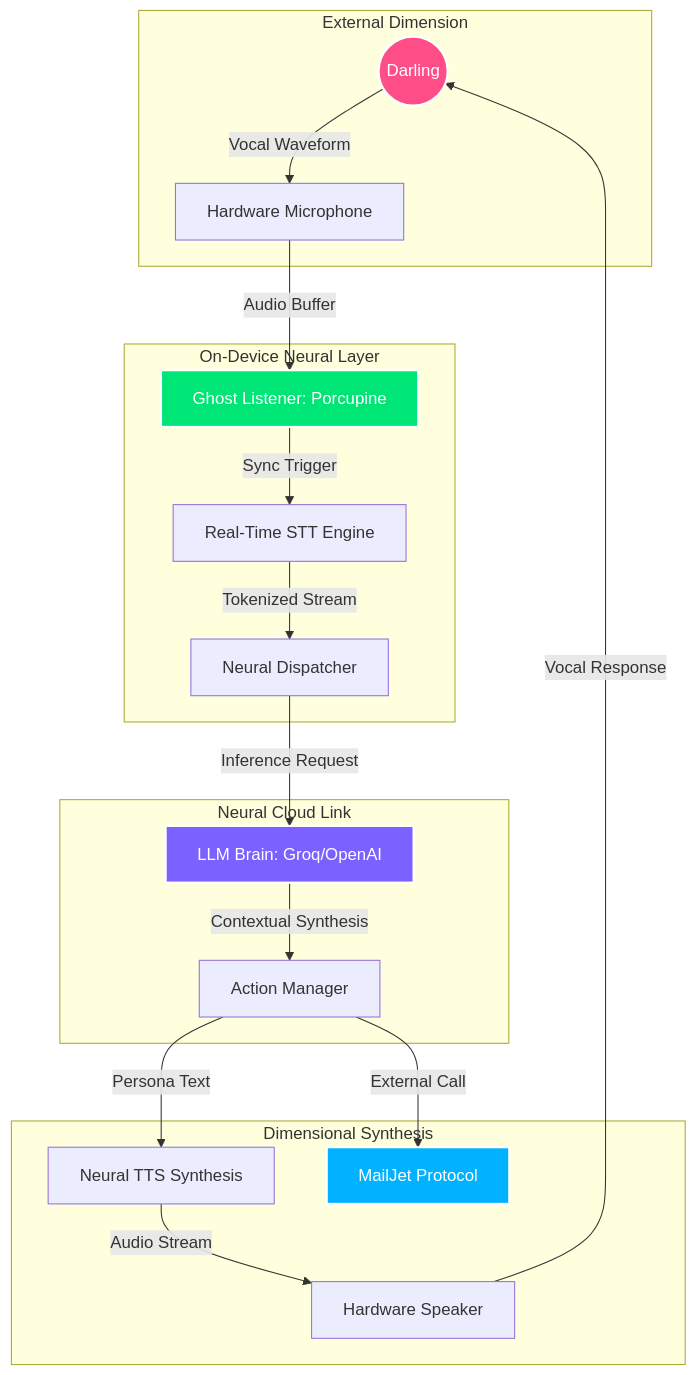
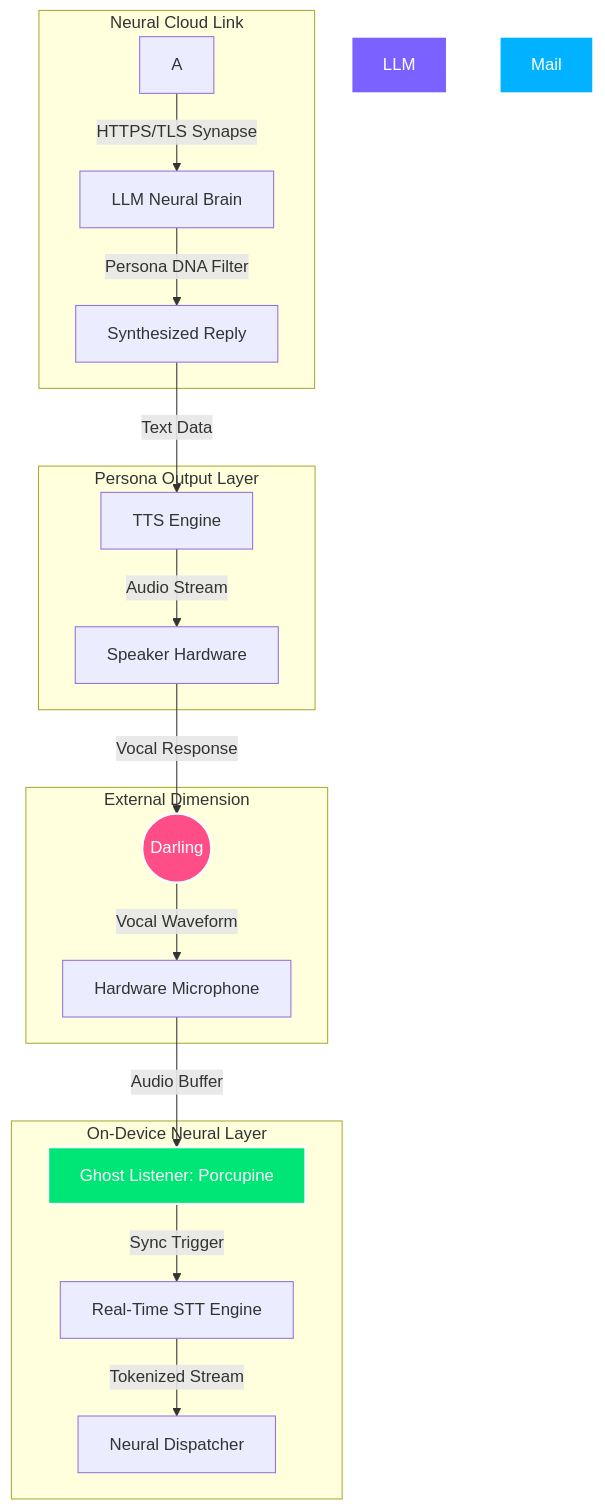
One commit to Sujit-O2/O2_Anime_Waifu-Mobile-App changed the diagram in README.md. Above: the diagram before and after it, drawn with Mermaid. The commit also changed other lines of this file, not shown here.

Commit message:
docs: update README with expanded descriptions, new sections, and refined mermaid diagram

````diff
--- a/README.md
+++ b/README.md
@@ -46,29 +49,28 @@
 ```mermaid
 graph TD
     subgraph "External Dimension"
         User((Darling)) -- "Vocal Waveform" --> Mic[Hardware Microphone]
     end
     
     subgraph "On-Device Neural Layer"
         Mic -- "Audio Buffer" --> Porcupine[Ghost Listener: Porcupine]
         Porcupine -- "Sync Trigger" --> STT[Real-Time STT Engine]
         STT -- "Tokenized Stream" --> Dispatch[Neural Dispatcher]
     end
 
     subgraph "Neural Cloud Link"
-        Dispatch -- "Inference Request" --> LLM[LLM Brain: Groq/OpenAI]
-        LLM -- "Contextual Synthesis" --> Logic[Action Manager]
+        A -- "HTTPS/TLS Synapse" --> B[LLM Neural Brain]
+        B -- "Persona DNA Filter" --> C[Synthesized Reply]
     end
 
-    subgraph "Dimensional Synthesis"
-        Logic -- "Persona Text" --> TTS[Neural TTS Synthesis]
-        Logic -- "External Call" --> Mail[MailJet Protocol]
-        TTS -- "Audio Stream" --> Output[Hardware Speaker]
-        Output -- "Vocal Response" --> User
+    subgraph "Persona Output Layer"
+        C -- "Text Data" --> T[TTS Engine]
+        T -- "Audio Stream" --> Spk[Speaker Hardware]
+        Spk -- "Vocal Response" --> User
     end
 
     style User fill:#ff4d88,stroke:#fff,stroke-width:2px,color:#fff
     style LLM fill:#7B61FF,stroke:#fff,stroke-width:2px,color:#fff
     style Mail fill:#00b2ff,stroke:#fff,stroke-width:2px,color:#fff
     style Porcupine fill:#00E676,stroke:#fff,stroke-width:2px,color:#fff
 ```
````
